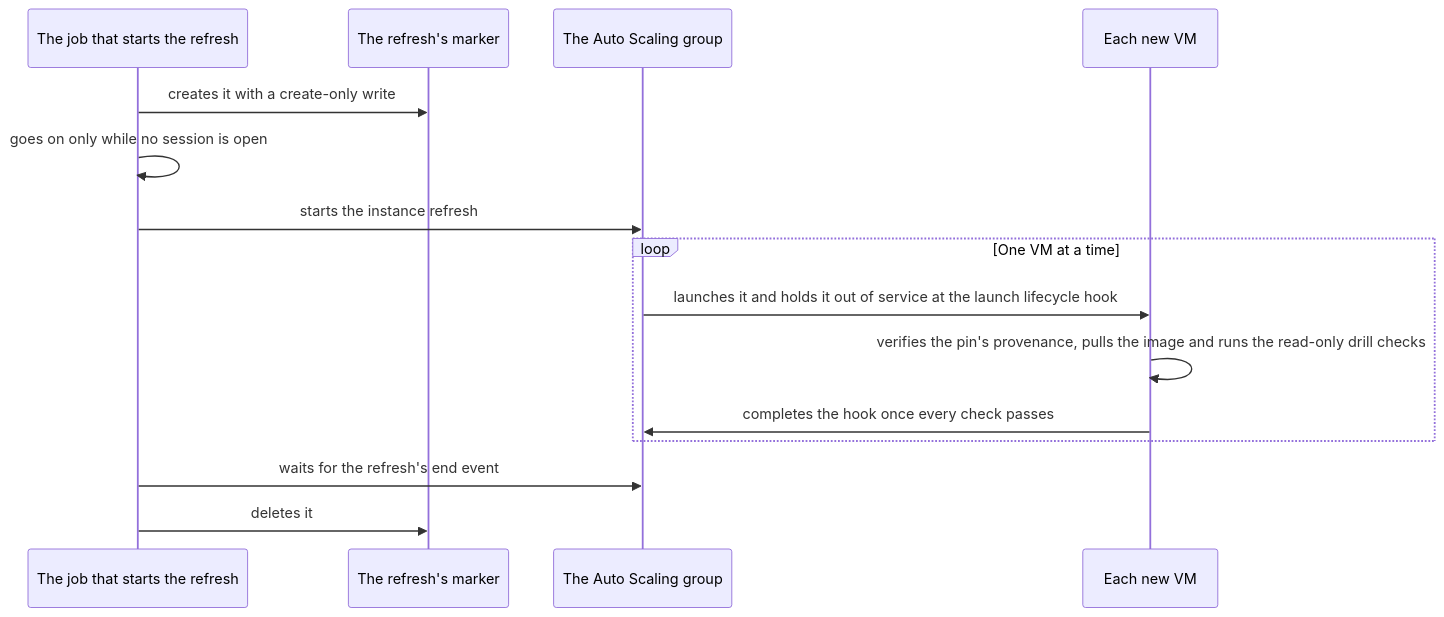
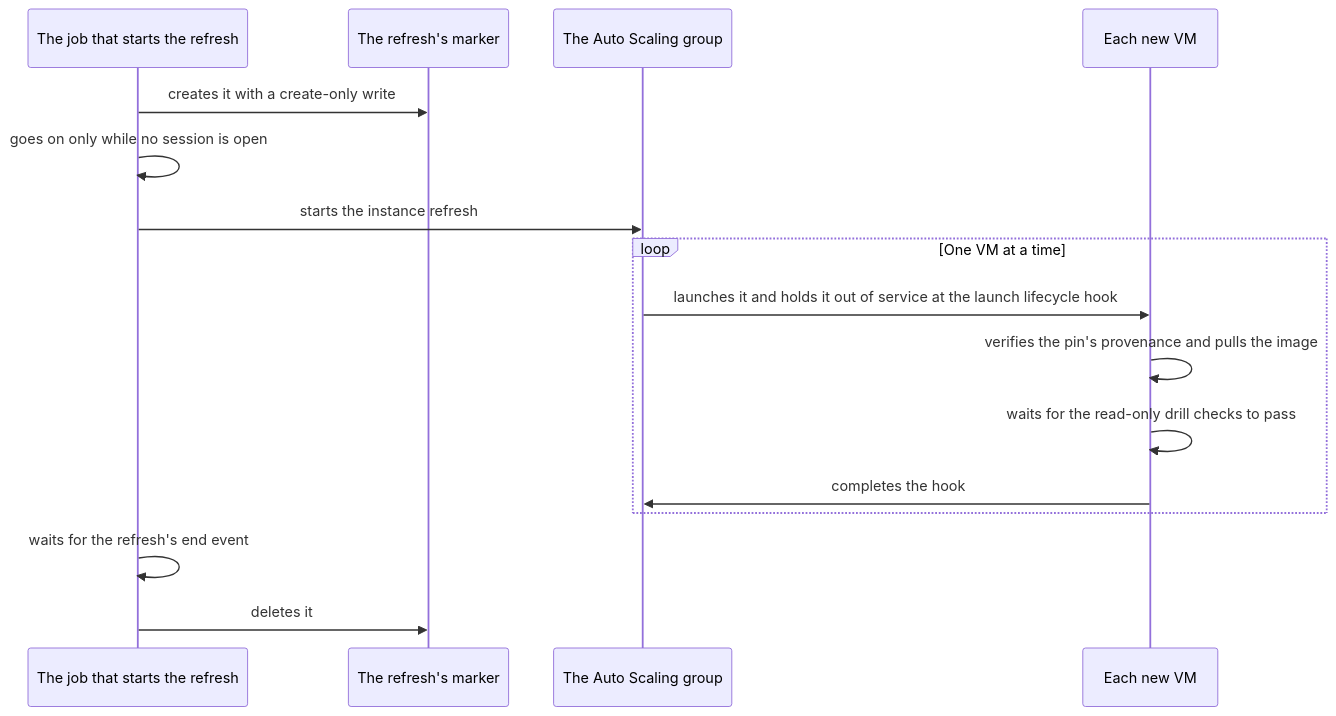
One commit to l3a0/ithildin-runtime changed the third of 5 diagrams in docs/architecture/07-deployment.md. Above: the diagram before and after it, drawn with Mermaid. The commit also changed other lines of this file, not shown here.

Commit message:
docs(architecture): answer the fresh reader's review of Item 6

````diff
--- a/docs/architecture/07-deployment.md
+++ b/docs/architecture/07-deployment.md
@@ -566,17 +566,18 @@
 ```mermaid
 sequenceDiagram
     participant Job as The job that starts the refresh
     participant Marker as The refresh's marker
     participant Group as The Auto Scaling group
     participant VM as Each new VM
     Job->>Marker: creates it with a create-only write
     Job->>Job: goes on only while no session is open
     Job->>Group: starts the instance refresh
     loop One VM at a time
         Group->>VM: launches it and holds it out of service at the launch lifecycle hook
-        VM->>VM: verifies the pin's provenance, pulls the image and runs the read-only drill checks
-        VM->>Group: completes the hook once every check passes
+        VM->>VM: verifies the pin's provenance and pulls the image
+        VM->>VM: waits for the read-only drill checks to pass
+        VM->>Group: completes the hook
     end
-    Job->>Group: waits for the refresh's end event
+    Job->>Job: waits for the refresh's end event
     Job->>Marker: deletes it
 ```
````
